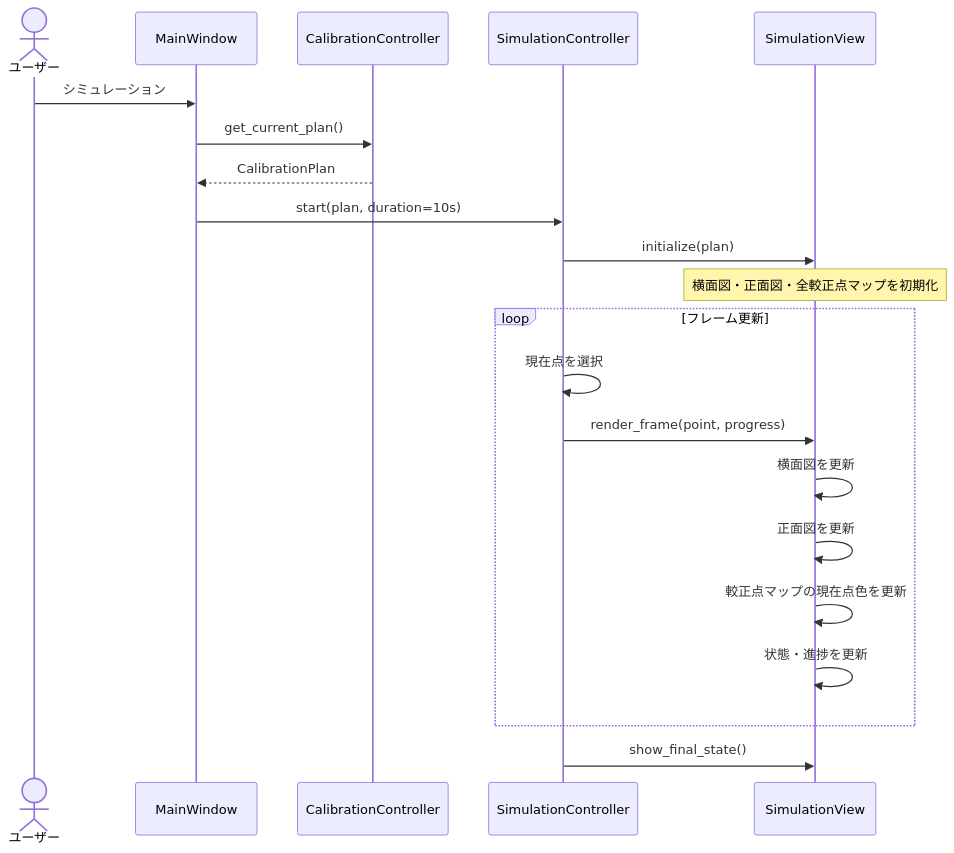
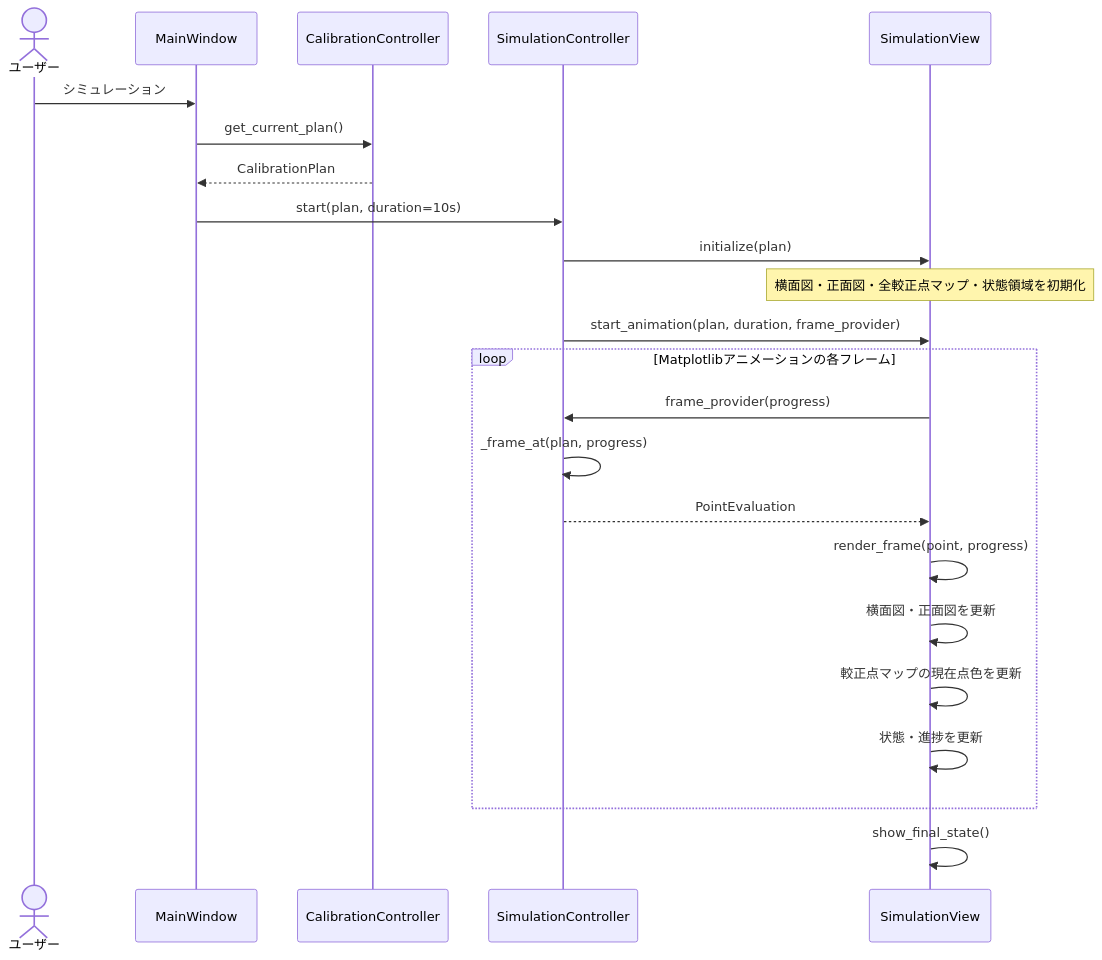
One commit to Pakfat50/FiveHolePitotTubeCalibration changed the sixth of 12 diagrams in docs/architecture_design.md. Above: the diagram before and after it, drawn with Mermaid. The commit also changed other lines of this file, not shown here.

Commit message:
docs: align architecture and traceability with implementation

````diff
--- a/docs/architecture_design.md
+++ b/docs/architecture_design.md
@@ -178,23 +178,25 @@
 ```mermaid
 sequenceDiagram
     actor User as ユーザー
     participant MainWindow
     participant Controller as CalibrationController
     participant SimController as SimulationController
     participant SimView as SimulationView
     User->>MainWindow: シミュレーション
     MainWindow->>Controller: get_current_plan()
     Controller-->>MainWindow: CalibrationPlan
     MainWindow->>SimController: start(plan, duration=10s)
     SimController->>SimView: initialize(plan)
-    Note over SimView: 横面図・正面図・全較正点マップを初期化
-    loop フレーム更新
-        SimController->>SimController: 現在点を選択
-        SimController->>SimView: render_frame(point, progress)
-        SimView->>SimView: 横面図を更新
-        SimView->>SimView: 正面図を更新
+    Note over SimView: 横面図・正面図・全較正点マップ・状態領域を初期化
+    SimController->>SimView: start_animation(plan, duration, frame_provider)
+    loop Matplotlibアニメーションの各フレーム
+        SimView->>SimController: frame_provider(progress)
+        SimController->>SimController: _frame_at(plan, progress)
+        SimController-->>SimView: PointEvaluation
+        SimView->>SimView: render_frame(point, progress)
+        SimView->>SimView: 横面図・正面図を更新
         SimView->>SimView: 較正点マップの現在点色を更新
         SimView->>SimView: 状態・進捗を更新
     end
-    SimController->>SimView: show_final_state()
+    SimView->>SimView: show_final_state()
 ```
````
